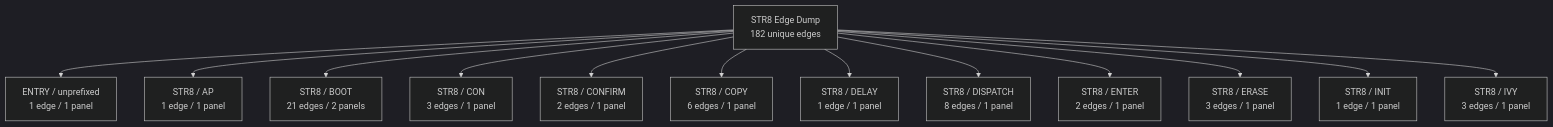
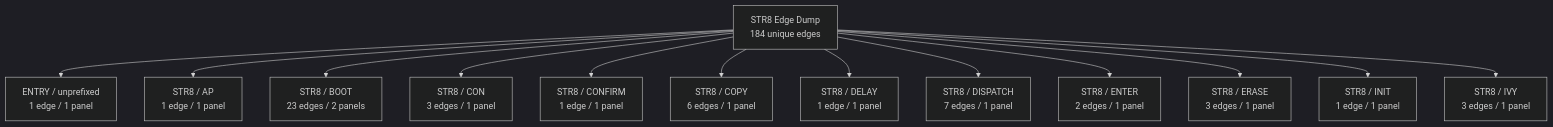
The first of 45 diagrams in DOC/GUIDES/STR8/STR8_EDGE_DUMP.md (95westus/R-YORS), drawn with Mermaid (dark theme) before and after one commit. The commit also changed other lines of this file and 42 other files, not shown here.

````diff
--- a/DOC/GUIDES/STR8/STR8_EDGE_DUMP.md
+++ b/DOC/GUIDES/STR8/STR8_EDGE_DUMP.md
@@ -26,15 +26,15 @@
 ```mermaid
 flowchart TD
-    EDGE_ATLAS_ROOT_0["STR8 Edge Dump<br/>182 unique edges"] --> EDGE_FAMILY_0_0["ENTRY / unprefixed<br/>1 edge / 1 panel"]
-    EDGE_ATLAS_ROOT_0["STR8 Edge Dump<br/>182 unique edges"] --> EDGE_FAMILY_0_1["STR8 / AP<br/>1 edge / 1 panel"]
-    EDGE_ATLAS_ROOT_0["STR8 Edge Dump<br/>182 unique edges"] --> EDGE_FAMILY_0_2["STR8 / BOOT<br/>21 edges / 2 panels"]
-    EDGE_ATLAS_ROOT_0["STR8 Edge Dump<br/>182 unique edges"] --> EDGE_FAMILY_0_3["STR8 / CON<br/>3 edges / 1 panel"]
-    EDGE_ATLAS_ROOT_0["STR8 Edge Dump<br/>182 unique edges"] --> EDGE_FAMILY_0_4["STR8 / CONFIRM<br/>2 edges / 1 panel"]
-    EDGE_ATLAS_ROOT_0["STR8 Edge Dump<br/>182 unique edges"] --> EDGE_FAMILY_0_5["STR8 / COPY<br/>6 edges / 1 panel"]
-    EDGE_ATLAS_ROOT_0["STR8 Edge Dump<br/>182 unique edges"] --> EDGE_FAMILY_0_6["STR8 / DELAY<br/>1 edge / 1 panel"]
-    EDGE_ATLAS_ROOT_0["STR8 Edge Dump<br/>182 unique edges"] --> EDGE_FAMILY_0_7["STR8 / DISPATCH<br/>8 edges / 1 panel"]
-    EDGE_ATLAS_ROOT_0["STR8 Edge Dump<br/>182 unique edges"] --> EDGE_FAMILY_0_8["STR8 / ENTER<br/>2 edges / 1 panel"]
-    EDGE_ATLAS_ROOT_0["STR8 Edge Dump<br/>182 unique edges"] --> EDGE_FAMILY_0_9["STR8 / ERASE<br/>3 edges / 1 panel"]
-    EDGE_ATLAS_ROOT_0["STR8 Edge Dump<br/>182 unique edges"] --> EDGE_FAMILY_0_10["STR8 / INIT<br/>1 edge / 1 panel"]
-    EDGE_ATLAS_ROOT_0["STR8 Edge Dump<br/>182 unique edges"] --> EDGE_FAMILY_0_11["STR8 / IVY<br/>3 edges / 1 panel"]
+    EDGE_ATLAS_ROOT_0["STR8 Edge Dump<br/>184 unique edges"] --> EDGE_FAMILY_0_0["ENTRY / unprefixed<br/>1 edge / 1 panel"]
+    EDGE_ATLAS_ROOT_0["STR8 Edge Dump<br/>184 unique edges"] --> EDGE_FAMILY_0_1["STR8 / AP<br/>1 edge / 1 panel"]
+    EDGE_ATLAS_ROOT_0["STR8 Edge Dump<br/>184 unique edges"] --> EDGE_FAMILY_0_2["STR8 / BOOT<br/>23 edges / 2 panels"]
+    EDGE_ATLAS_ROOT_0["STR8 Edge Dump<br/>184 unique edges"] --> EDGE_FAMILY_0_3["STR8 / CON<br/>3 edges / 1 panel"]
+    EDGE_ATLAS_ROOT_0["STR8 Edge Dump<br/>184 unique edges"] --> EDGE_FAMILY_0_4["STR8 / CONFIRM<br/>1 edge / 1 panel"]
+    EDGE_ATLAS_ROOT_0["STR8 Edge Dump<br/>184 unique edges"] --> EDGE_FAMILY_0_5["STR8 / COPY<br/>6 edges / 1 panel"]
+    EDGE_ATLAS_ROOT_0["STR8 Edge Dump<br/>184 unique edges"] --> EDGE_FAMILY_0_6["STR8 / DELAY<br/>1 edge / 1 panel"]
+    EDGE_ATLAS_ROOT_0["STR8 Edge Dump<br/>184 unique edges"] --> EDGE_FAMILY_0_7["STR8 / DISPATCH<br/>7 edges / 1 panel"]
+    EDGE_ATLAS_ROOT_0["STR8 Edge Dump<br/>184 unique edges"] --> EDGE_FAMILY_0_8["STR8 / ENTER<br/>2 edges / 1 panel"]
+    EDGE_ATLAS_ROOT_0["STR8 Edge Dump<br/>184 unique edges"] --> EDGE_FAMILY_0_9["STR8 / ERASE<br/>3 edges / 1 panel"]
+    EDGE_ATLAS_ROOT_0["STR8 Edge Dump<br/>184 unique edges"] --> EDGE_FAMILY_0_10["STR8 / INIT<br/>1 edge / 1 panel"]
+    EDGE_ATLAS_ROOT_0["STR8 Edge Dump<br/>184 unique edges"] --> EDGE_FAMILY_0_11["STR8 / IVY<br/>3 edges / 1 panel"]
 ```
````
